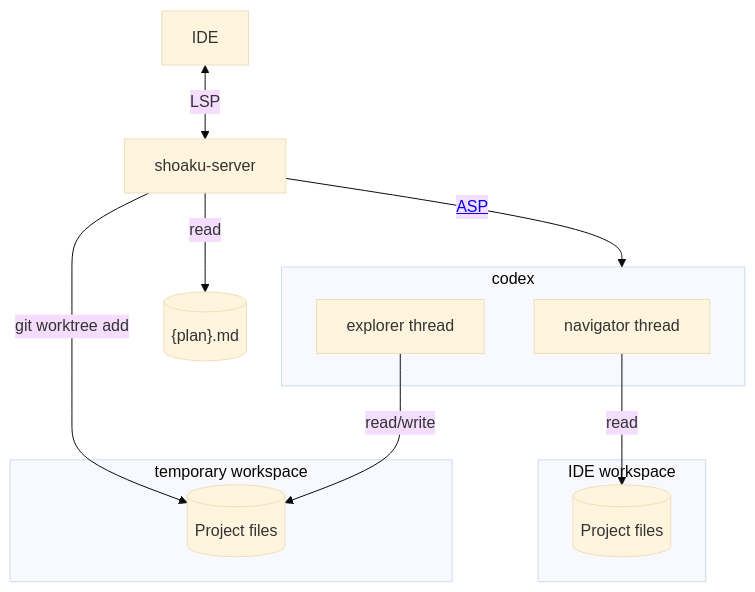
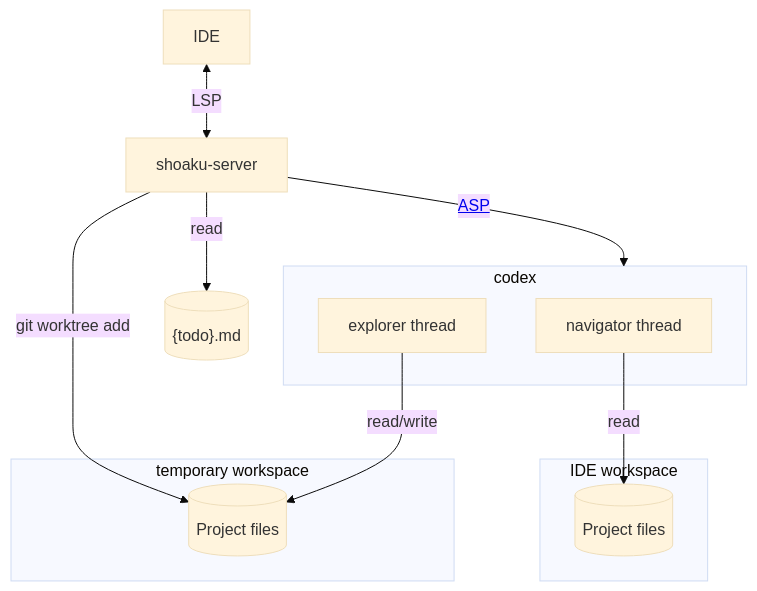
One commit to seachicken/intellij-shoaku changed the diagram in docs/architecture.md. Above: the diagram before and after it, drawn with Mermaid (base theme).

Commit message:
Refactor

````diff
--- a/docs/architecture.md
+++ b/docs/architecture.md
@@ -3,19 +3,19 @@
 ```mermaid
 graph TD
   subgraph user_workspace["IDE workspace"]
     project-files[(Project files)]
   end
   subgraph sandbox_workspace["temporary workspace"]
     worktree-files[(Project files)]
   end
   subgraph codex
     navigator[navigator thread]
     explorer[explorer thread]
   end
 
-  shoaku-server -- read --> todo[("{plan}.md")]
+  shoaku-server -- read --> todo[("{todo}.md")]
   IDE <-- LSP --> shoaku-server -- <a href='https://github.com/openai/codex/blob/main/codex-rs/app-server/README.md'>ASP</a> --> codex
   shoaku-server -- "git worktree add" --> worktree-files
   navigator -- read --> project-files
   explorer -- read/write --> worktree-files
 ```
````
